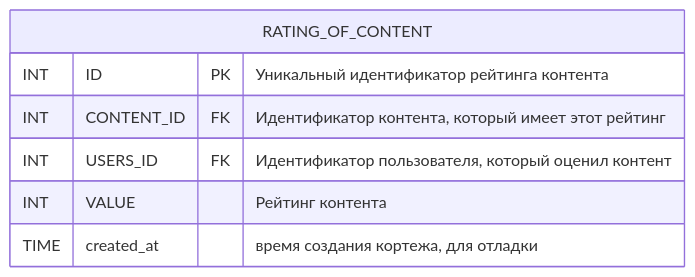
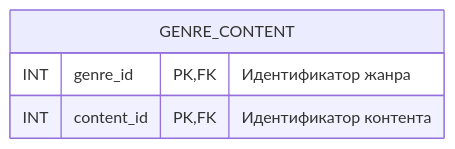
One commit to go-park-mail-ru/2024_1_Cyberkotletki changed diagram 13 of 15 in db/normalized/relations.md. Above: the diagram before and after it, drawn with Mermaid. The commit also changed other lines of this file and 3 other files, not shown here.

````diff
--- a/db/normalized/relations.md
+++ b/db/normalized/relations.md
@@ -494,10 +335,7 @@
 ```mermaid
 erDiagram
-    RATING_OF_CONTENT {
-        INT ID PK "Уникальный идентификатор рейтинга контента"
-        INT CONTENT_ID FK "Идентификатор контента, который имеет этот рейтинг"
-        INT USERS_ID FK "Идентификатор пользователя, который оценил контент"
-        INT VALUE "Рейтинг контента"
-        TIME created_at "время создания кортежа, для отладки"
+    GENRE_CONTENT {
+        INT genre_id PK, FK "Идентификатор жанра"
+        INT content_id PK, FK "Идентификатор контента"
     }
 ```
````
